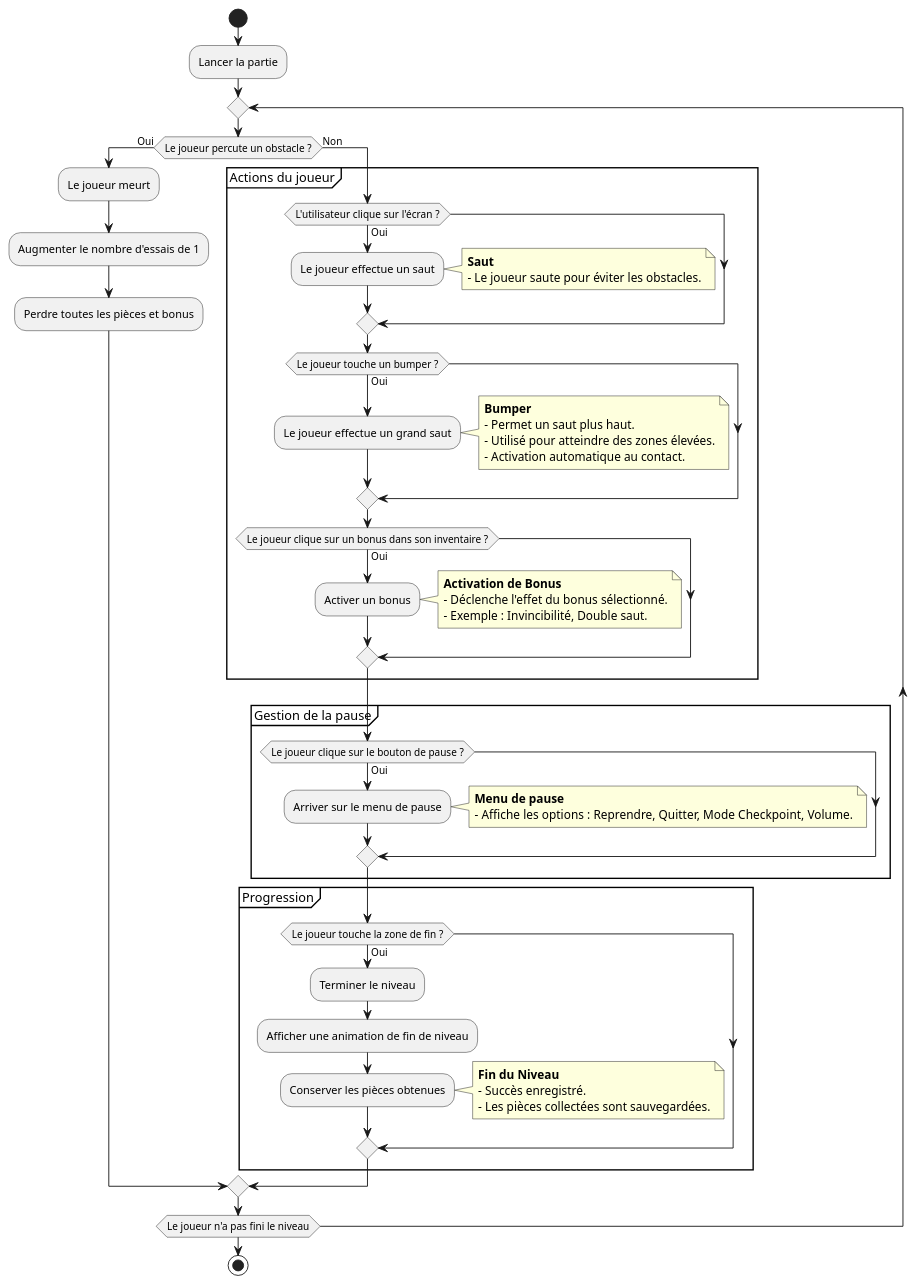
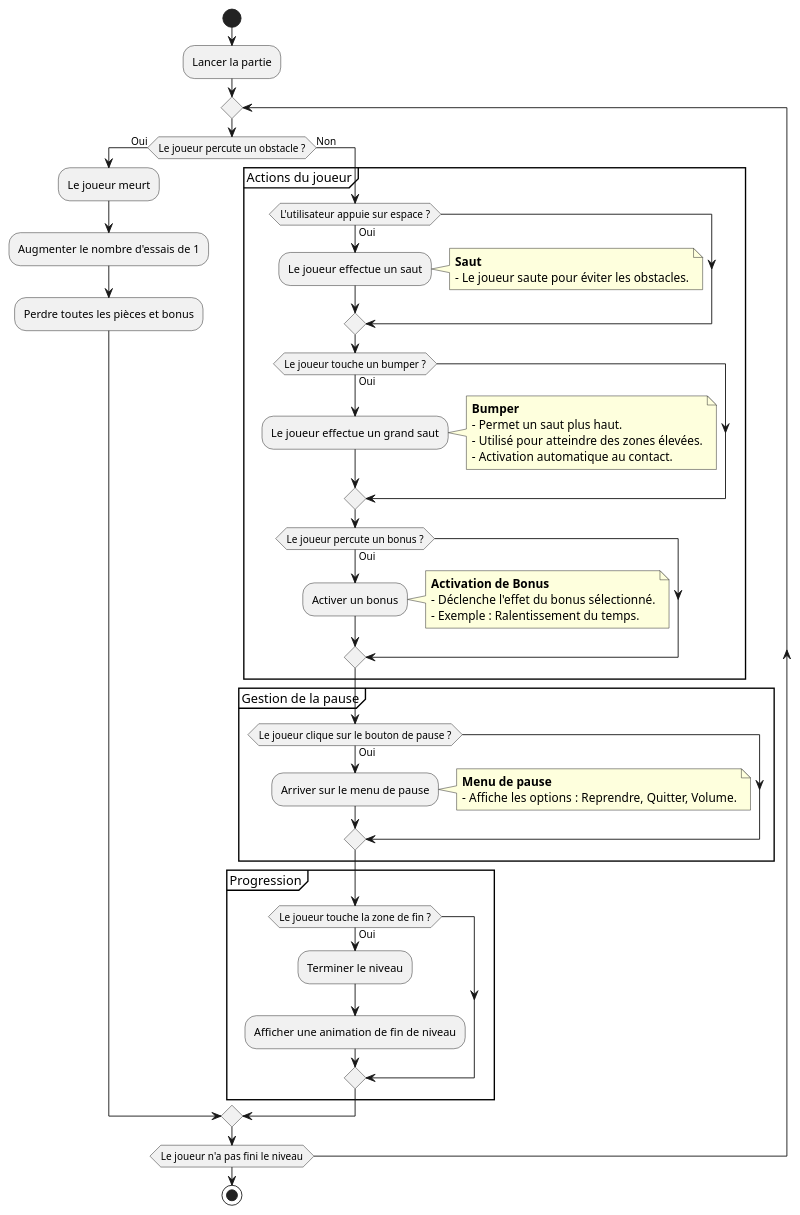
One commit to boudji-ludwig-pett/cnam-geometry-dash changed the diagram in Documentation/UML/activity-diagram/activity-diagram.puml. Above: the diagram before and after it, drawn with PlantUML. The commit also changed 7 other files, not shown here.

Commit message:
docs: modify activity diagram

```diff
--- a/Documentation/UML/activity-diagram/activity-diagram.puml
+++ b/Documentation/UML/activity-diagram/activity-diagram.puml
@@ -1,69 +1,63 @@
 @startuml Geometry Dash - Diagramme d'activités
 
 start
 
 :Lancer la partie;
 
 repeat
     if (Le joueur percute un obstacle ?) then (Oui)
         :Le joueur meurt;
         :Augmenter le nombre d'essais de 1;
         :Perdre toutes les pièces et bonus;
     else (Non)
         partition "Actions du joueur" {
-            if (L'utilisateur clique sur l'écran ?) then (Oui)
+            if (L'utilisateur appuie sur espace ?) then (Oui)
                 :Le joueur effectue un saut;
                 note right
                 **Saut**
                 - Le joueur saute pour éviter les obstacles.
                 end note
             endif
 
             if (Le joueur touche un bumper ?) then (Oui)
                 :Le joueur effectue un grand saut;
                 note right
                 **Bumper**
                 - Permet un saut plus haut.
                 - Utilisé pour atteindre des zones élevées.
                 - Activation automatique au contact.
                 end note
             endif
 
-            if (Le joueur clique sur un bonus dans son inventaire ?) then (Oui)
+            if (Le joueur percute un bonus ?) then (Oui)
                 :Activer un bonus;
                 note right
                 **Activation de Bonus**
                 - Déclenche l'effet du bonus sélectionné.
-                - Exemple : Invincibilité, Double saut.
+                - Exemple : Ralentissement du temps.
                 end note
             endif
         }
 
         partition "Gestion de la pause" {
             if (Le joueur clique sur le bouton de pause ?) then (Oui)
                 :Arriver sur le menu de pause;
                 note right
                 **Menu de pause**
-                - Affiche les options : Reprendre, Quitter, Mode Checkpoint, Volume.
+                - Affiche les options : Reprendre, Quitter, Volume.
                 end note
             endif
         }
 
         partition "Progression" {
             if (Le joueur touche la zone de fin ?) then (Oui)
                 :Terminer le niveau;
                 :Afficher une animation de fin de niveau;
-                :Conserver les pièces obtenues;
-                note right
-                **Fin du Niveau**
-                - Succès enregistré.
-                - Les pièces collectées sont sauvegardées.
-                end note
             endif
         }
     endif
 repeat while (Le joueur n'a pas fini le niveau)
 
 stop
 
 @enduml
```
